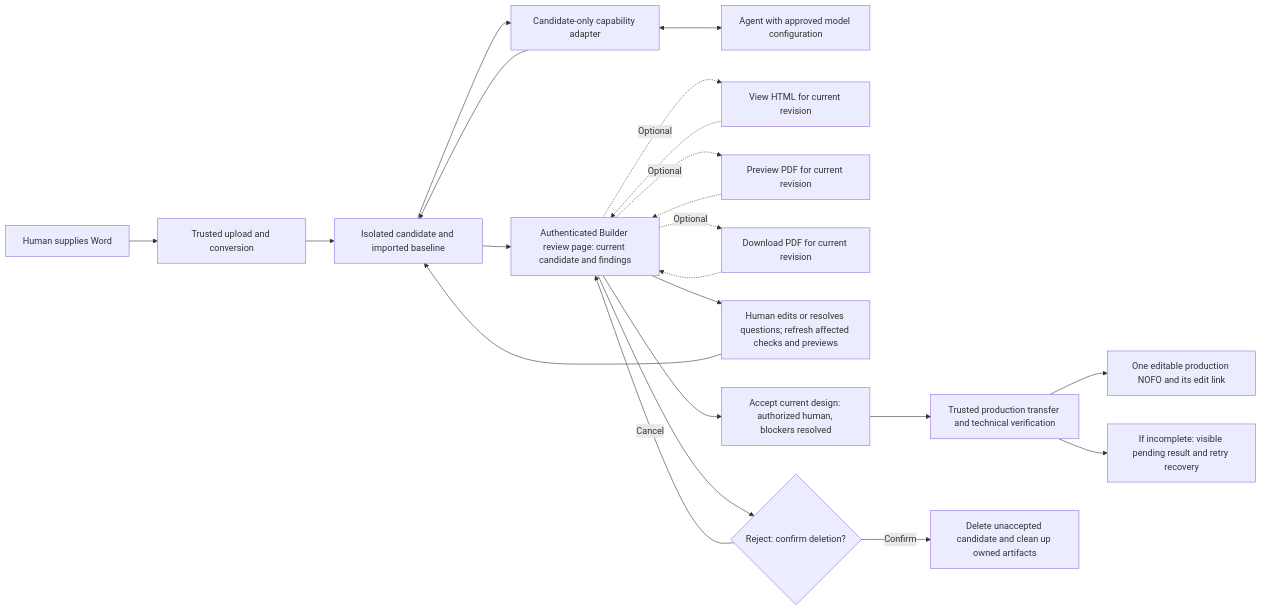
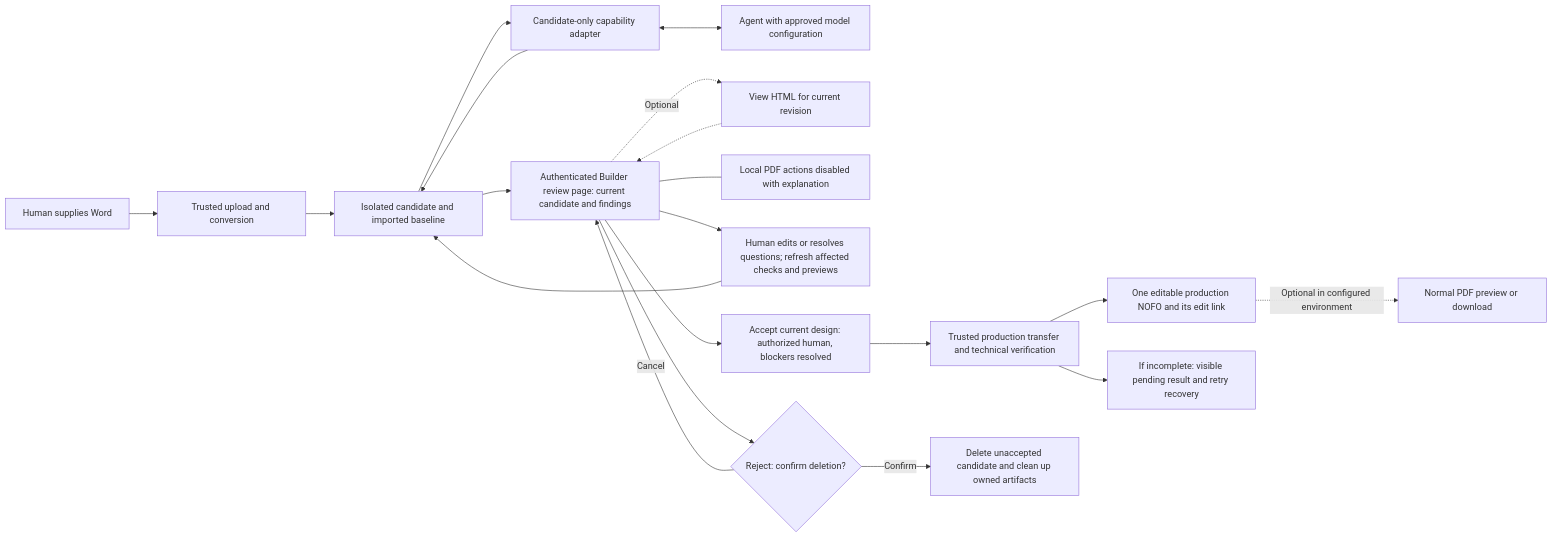
The diagram in documentation/adr/2026-10-20-agent-design-pilot-boundary.md (HHS/simpler-grants-pdf-builder), drawn with Mermaid before and after one commit. The commit also changed other lines of this file and 1 other file, not shown here.

Commit message:
docs: align agent design pilot with local HTML-only review

````diff
--- a/documentation/adr/2026-10-20-agent-design-pilot-boundary.md
+++ b/documentation/adr/2026-10-20-agent-design-pilot-boundary.md
@@ -41,24 +48,22 @@
 ```mermaid
 flowchart LR
     U[Human supplies Word] --> V[Trusted upload and conversion]
     V --> C[Isolated candidate and imported baseline]
     C --> T[Candidate-only capability adapter]
     T <--> A[Agent with approved model configuration]
     T --> C
     C --> H[Authenticated Builder review page: current candidate and findings]
     H -. Optional .-> HTML[View HTML for current revision]
-    H -. Optional .-> PDF[Preview PDF for current revision]
-    H -. Optional .-> DL[Download PDF for current revision]
     HTML -.-> H
-    PDF -.-> H
-    DL -.-> H
+    H --- LIMIT[Local PDF actions disabled with explanation]
     H --> EDIT[Human edits or resolves questions; refresh affected checks and previews]
     EDIT --> C
     H --> E[Accept current design: authorized human, blockers resolved]
     E --> K[Trusted production transfer and technical verification]
     K --> P[One editable production NOFO and its edit link]
+    P -. Optional in configured environment .-> PDF[Normal PDF preview or download]
     K --> F[If incomplete: visible pending result and retry recovery]
     H --> D{Reject: confirm deletion?}
     D -->|Cancel| H
     D -->|Confirm| X[Delete unaccepted candidate and clean up owned artifacts]
 ```
````
